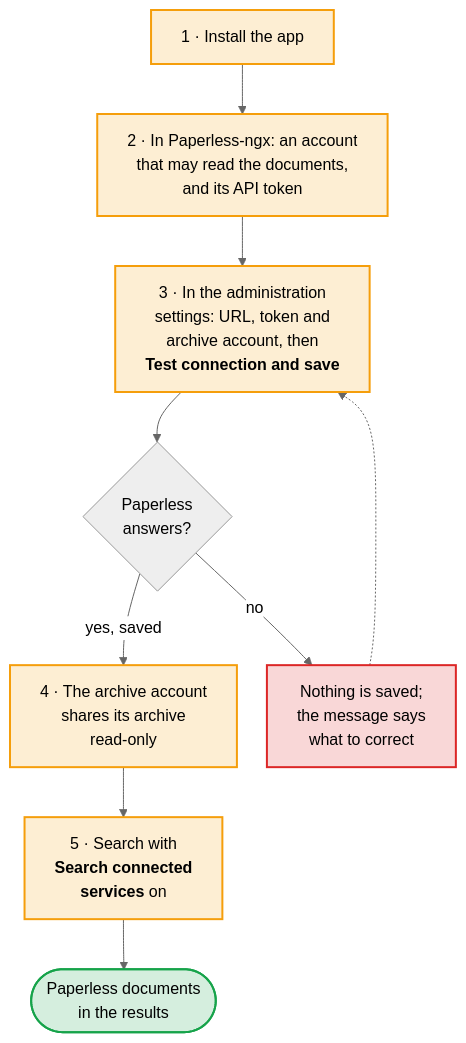
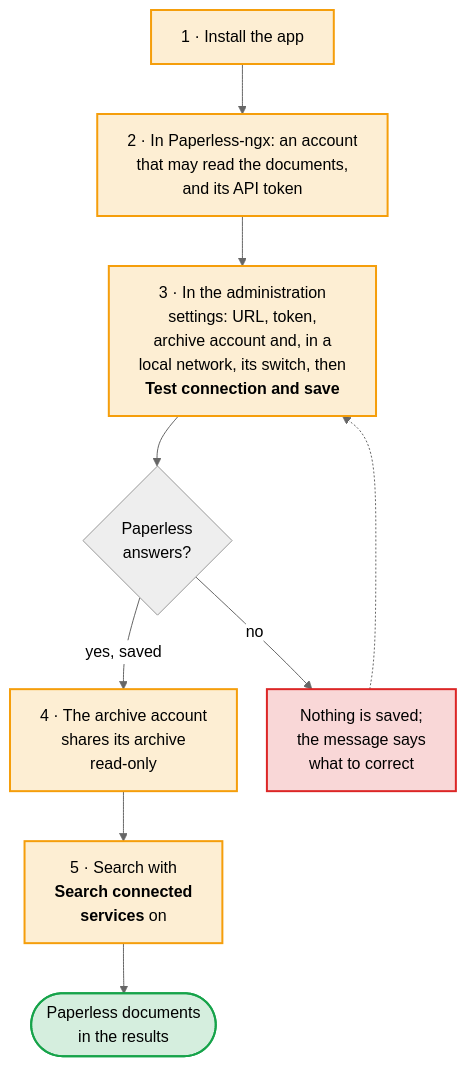
One commit to Dennis-Otto/paperless-unified-search changed the second of 5 diagrams in README.md. Above: the diagram before and after it, drawn with Mermaid (neutral theme). The commit also changed other lines of this file and 27 other files, not shown here.

First line of the commit message:
feat(settings): reach a Paperless in the local network without turning off Nextcloud's protection for all apps (#119)

````diff
--- a/README.md
+++ b/README.md
@@ -111,32 +111,32 @@
 ```mermaid
 ---
 config:
   flowchart:
     wrappingWidth: 400
     nodeSpacing: 30
 ---
 flowchart TB
     accTitle: Setting up the search
-    accDescr: Install the app. In Paperless-ngx, create an account that may read the documents and an API token for it. In the administration settings of Nextcloud, enter the URL, the token and the archive account, and select Test connection and save. When Paperless answers, the settings are saved; otherwise nothing is saved and the message says what to correct. The archive account shares its archive read-only with the users who may find its documents, and they find them under Paperless documents in Nextcloud's search, with Search connected services switched on.
+    accDescr: Install the app. In Paperless-ngx, create an account that may read the documents and an API token for it. In the administration settings of Nextcloud, enter the URL, the token and the archive account, select Paperless runs in my local network when Nextcloud reaches Paperless at such an address, and select Test connection and save. When Paperless answers, the settings are saved; otherwise nothing is saved and the message says what to correct. The archive account shares its archive read-only with the users who may find its documents, and they find them under Paperless documents in Nextcloud's search, with Search connected services switched on.
 
     install["1 · Install the app"]
     token["2 · In Paperless-ngx: an account<br>that may read the documents,<br>and its API token"]
-    save["3 · In the administration<br>settings: URL, token and<br>archive account, then<br><b>Test connection and save</b>"]
+    save["3 · In the administration<br>settings: URL, token,<br>archive account and, in a<br>local network, its switch, then<br><b>Test connection and save</b>"]
     answers{"Paperless<br>answers?"}
     fix["Nothing is saved;<br>the message says<br>what to correct"]
     share["4 · The archive account<br>shares its archive<br>read-only"]
     search["5 · Search with<br><b>Search connected<br>services</b> on"]
     found(["Paperless documents<br>in the results"])
 
     install --> token --> save --> answers
     answers -- "yes, saved" --> share --> search --> found
     answers -- "no" --> fix
     fix -.-> save
 
     classDef person fill:#f59e0b2e,stroke:#f59e0b,stroke-width:2px
     classDef done fill:#16a34a2e,stroke:#16a34a,stroke-width:2px
     classDef no fill:#dc26262e,stroke:#dc2626,stroke-width:2px
     class install,token,save,share,search person
     class found done
     class fix no
 ```
````
